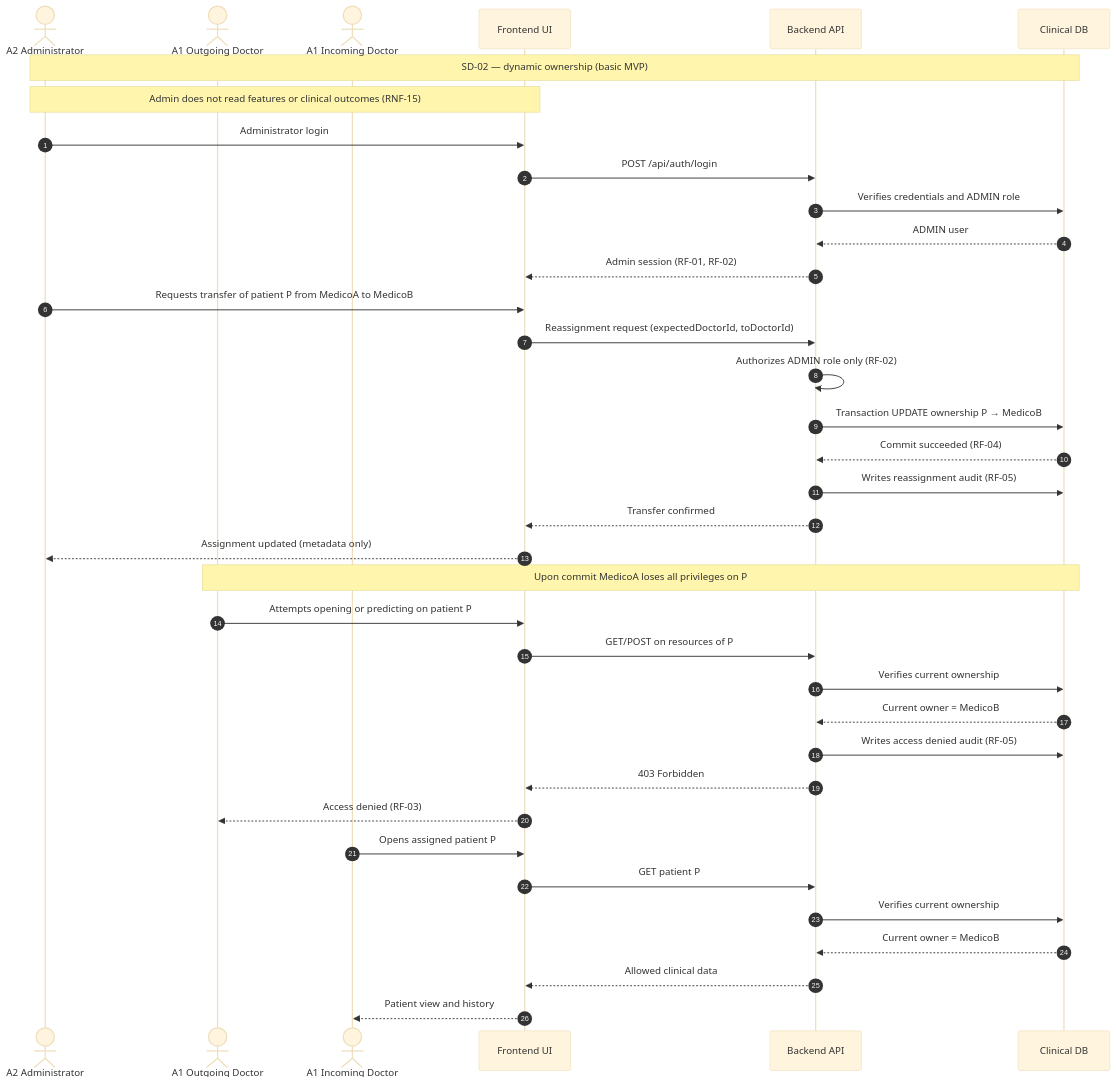
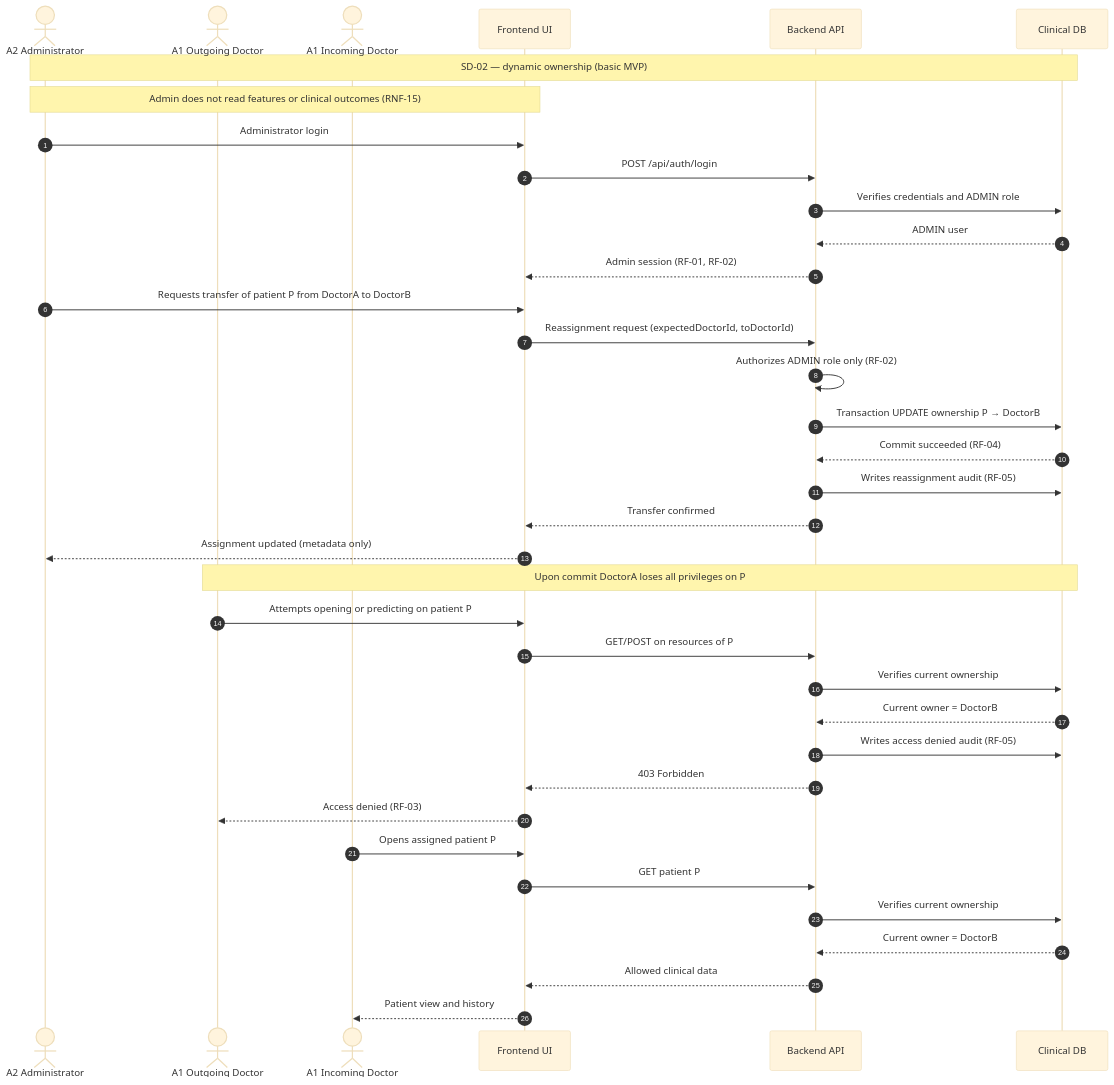
The second of 2 diagrams in docs/second_deliverable/01_requirements and sequence diagrams.md (fraws13/Parkinson-Classifier-Platform), drawn with Mermaid (base theme) before and after one commit.

Commit message:
Update sequence diagram to reflect doctor role changes

````diff
--- a/docs/second_deliverable/01_requirements and sequence diagrams.md
+++ b/docs/second_deliverable/01_requirements and sequence diagrams.md
@@ -169,47 +169,46 @@
 ```mermaid
 sequenceDiagram
     autonumber
     actor Admin as A2 Administrator
-    actor MedicoA as A1 Outgoing Doctor
-    actor MedicoB as A1 Incoming Doctor
+    actor DoctorA as A1 Outgoing Doctor
+    actor DoctorB as A1 Incoming Doctor
     participant UI as Frontend UI
     participant API as Backend API
     participant DB as Clinical DB
 
     Note over Admin,DB: SD-02 — dynamic ownership (basic MVP)
     Note over Admin,UI: Admin does not read features or clinical outcomes (RNF-15)
 
     Admin->>UI: Administrator login
     UI->>API: POST /api/auth/login
     API->>DB: Verifies credentials and ADMIN role
     DB-->>API: ADMIN user
     API-->>UI: Admin session (RF-01, RF-02)
 
-    Admin->>UI: Requests transfer of patient P from MedicoA to MedicoB
+    Admin->>UI: Requests transfer of patient P from DoctorA to DoctorB
     UI->>API: Reassignment request (expectedDoctorId, toDoctorId)
     API->>API: Authorizes ADMIN role only (RF-02)
 
-    API->>DB: Transaction UPDATE ownership P → MedicoB
+    API->>DB: Transaction UPDATE ownership P → DoctorB
     DB-->>API: Commit succeeded (RF-04)
     API->>DB: Writes reassignment audit (RF-05)
     API-->>UI: Transfer confirmed
     UI-->>Admin: Assignment updated (metadata only)
 
-    Note over MedicoA,DB: Upon commit MedicoA loses all privileges on P
+    Note over DoctorA,DB: Upon commit DoctorA loses all privileges on P
 
-    MedicoA->>UI: Attempts opening or predicting on patient P
+    DoctorA->>UI: Attempts opening or predicting on patient P
     UI->>API: GET/POST on resources of P
     API->>DB: Verifies current ownership
-    DB-->>API: Current owner = MedicoB
+    DB-->>API: Current owner = DoctorB
     API->>DB: Writes access denied audit (RF-05)
     API-->>UI: 403 Forbidden
-    UI-->>MedicoA: Access denied (RF-03)
+    UI-->>DoctorA: Access denied (RF-03)
 
-    MedicoB->>UI: Opens assigned patient P
+    DoctorB->>UI: Opens assigned patient P
     UI->>API: GET patient P
     API->>DB: Verifies current ownership
-    DB-->>API: Current owner = MedicoB
+    DB-->>API: Current owner = DoctorB
     API-->>UI: Allowed clinical data
-    UI-->>MedicoB: Patient view and history
-
+    UI-->>DoctorB: Patient view and history
 ```
````
